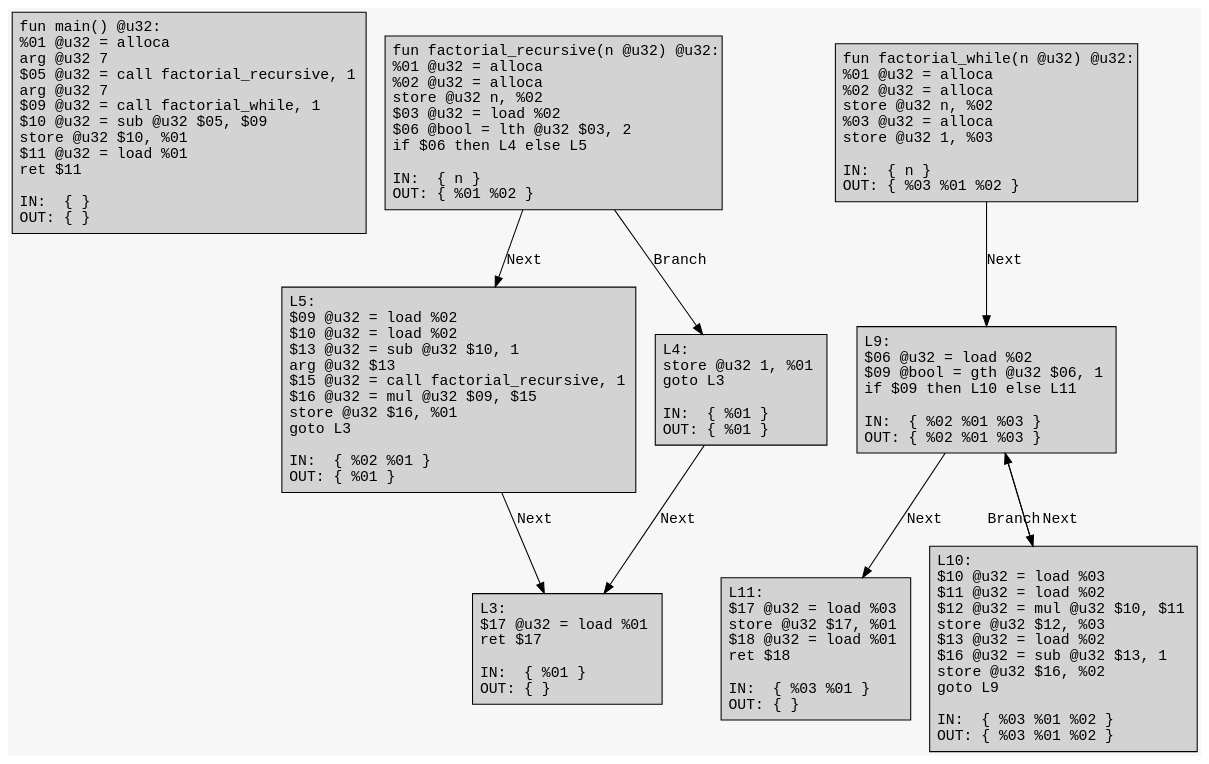
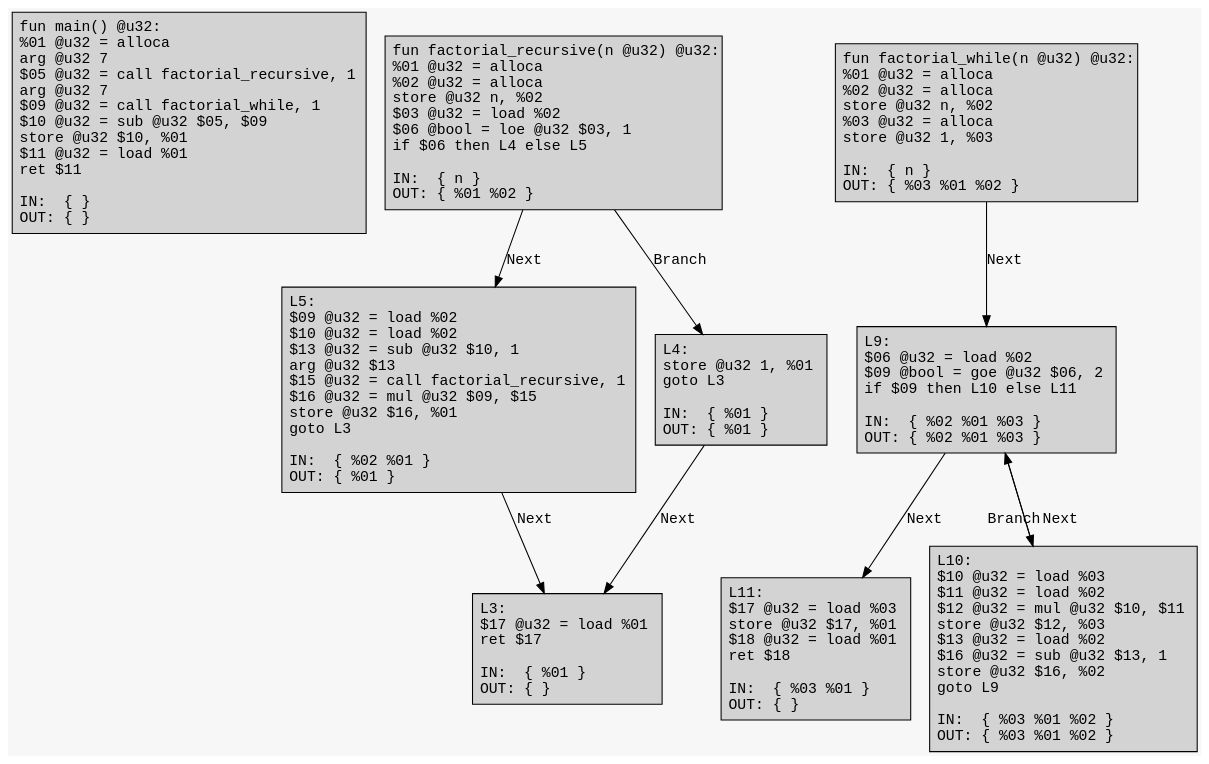
The diagram in example/factorial/factorial.dot (ArkoiSystems/arkoi_language), drawn with Graphviz before and after one commit. The commit also changed 3 other files, not shown here.

```diff
--- a/example/factorial/factorial.dot
+++ b/example/factorial/factorial.dot
@@ -1,25 +1,25 @@
 digraph CFG {
 	graph [fontname = "Monospace"];
 	node  [fontname = "Monospace", shape=box, style=filled, margin=0.1];
 	edge  [fontname = "Monospace"];
 	bgcolor = "#f7f7f7";
 	splines = false;
 
 	L0 [label="fun main() @u32:\l %01 @u32 = alloca\l arg @u32 7\l $05 @u32 = call factorial_recursive, 1\l arg @u32 7\l $09 @u32 = call factorial_while, 1\l $10 @u32 = sub @u32 $05, $09\l store @u32 $10, %01\l $11 @u32 = load %01\l ret $11\l\lIN:  { }\lOUT: { }\l"];
-	L2 [label="fun factorial_recursive(n @u32) @u32:\l %01 @u32 = alloca\l %02 @u32 = alloca\l store @u32 n, %02\l $03 @u32 = load %02\l $06 @bool = lth @u32 $03, 2\l if $06 then L4 else L5\l\lIN:  { n }\lOUT: { %01 %02 }\l"];
+	L2 [label="fun factorial_recursive(n @u32) @u32:\l %01 @u32 = alloca\l %02 @u32 = alloca\l store @u32 n, %02\l $03 @u32 = load %02\l $06 @bool = loe @u32 $03, 1\l if $06 then L4 else L5\l\lIN:  { n }\lOUT: { %01 %02 }\l"];
 	L2 -> L5 [label="Next"];
 	L2 -> L4 [label="Branch"];
 	L5 [label="L5:\l $09 @u32 = load %02\l $10 @u32 = load %02\l $13 @u32 = sub @u32 $10, 1\l arg @u32 $13\l $15 @u32 = call factorial_recursive, 1\l $16 @u32 = mul @u32 $09, $15\l store @u32 $16, %01\l goto L3\l\lIN:  { %02 %01 }\lOUT: { %01 }\l"];
 	L5 -> L3 [label="Next"];
 	L4 [label="L4:\l store @u32 1, %01\l goto L3\l\lIN:  { %01 }\lOUT: { %01 }\l"];
 	L4 -> L3 [label="Next"];
 	L3 [label="L3:\l $17 @u32 = load %01\l ret $17\l\lIN:  { %01 }\lOUT: { }\l"];
 	L7 [label="fun factorial_while(n @u32) @u32:\l %01 @u32 = alloca\l %02 @u32 = alloca\l store @u32 n, %02\l %03 @u32 = alloca\l store @u32 1, %03\l\lIN:  { n }\lOUT: { %03 %01 %02 }\l"];
 	L7 -> L9 [label="Next"];
-	L9 [label="L9:\l $06 @u32 = load %02\l $09 @bool = gth @u32 $06, 1\l if $09 then L10 else L11\l\lIN:  { %02 %01 %03 }\lOUT: { %02 %01 %03 }\l"];
+	L9 [label="L9:\l $06 @u32 = load %02\l $09 @bool = goe @u32 $06, 2\l if $09 then L10 else L11\l\lIN:  { %02 %01 %03 }\lOUT: { %02 %01 %03 }\l"];
 	L9 -> L11 [label="Next"];
 	L9 -> L10 [label="Branch"];
 	L10 [label="L10:\l $10 @u32 = load %03\l $11 @u32 = load %02\l $12 @u32 = mul @u32 $10, $11\l store @u32 $12, %03\l $13 @u32 = load %02\l $16 @u32 = sub @u32 $13, 1\l store @u32 $16, %02\l goto L9\l\lIN:  { %03 %01 %02 }\lOUT: { %03 %01 %02 }\l"];
 	L10 -> L9 [label="Next"];
 	L11 [label="L11:\l $17 @u32 = load %03\l store @u32 $17, %01\l $18 @u32 = load %01\l ret $18\l\lIN:  { %03 %01 }\lOUT: { }\l"];
 }
```
